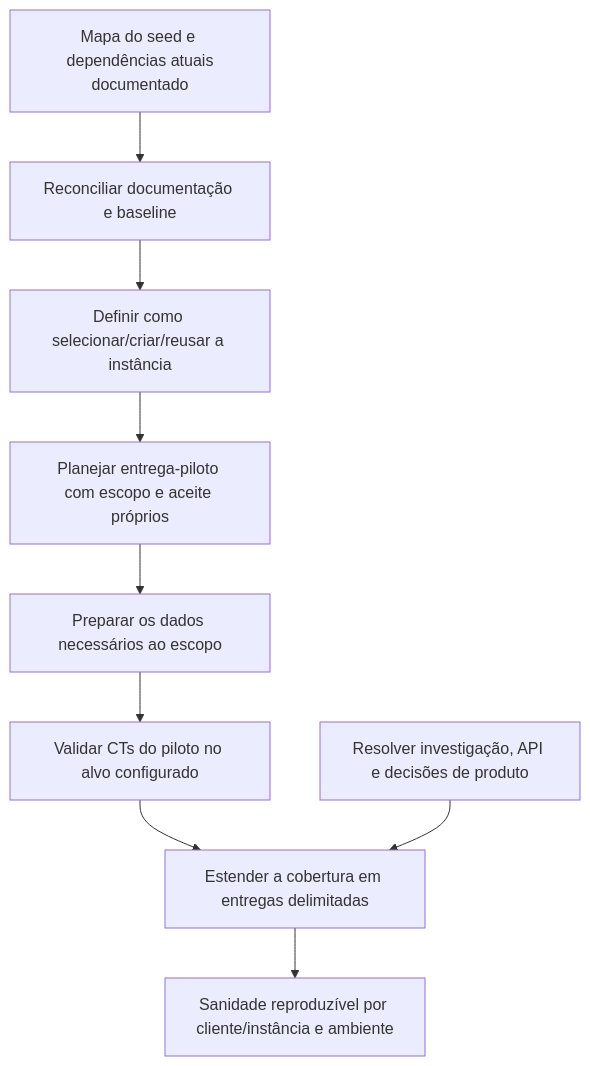
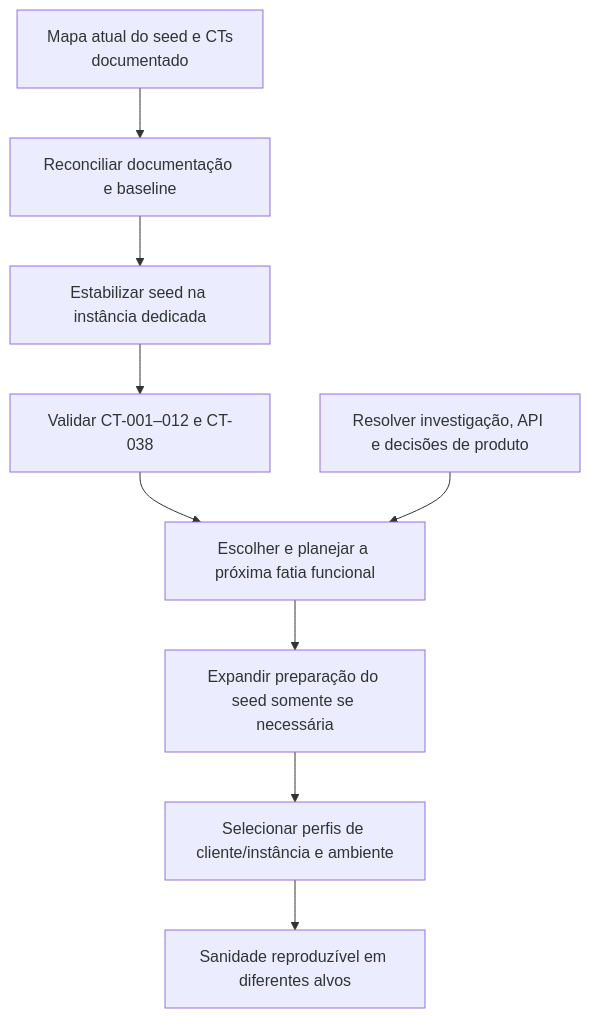
The diagram in QA Workspace/02 Demandas/DEV/SGV-11262 - [QA-Automação] Termo de Referência SOGOV/Roadmap - Automação TR.md (RafaCartaxo/brainwork), drawn with Mermaid before and after one commit. The commit also changed other lines of this file and 1 other file, not shown here.

Commit message:
vault backup: 2026-10-07 12:14:32

````diff
--- a/QA Workspace/02 Demandas/DEV/SGV-11262 - [QA-Automação] Termo de Referência SOGOV/Roadmap - Automação TR.md
+++ b/QA Workspace/02 Demandas/DEV/SGV-11262 - [QA-Automação] Termo de Referência SOGOV/Roadmap - Automação TR.md
@@ -70,11 +73,11 @@
 ```mermaid
 flowchart TD
-    M[Mapa do seed e dependências atuais<br/>documentado] --> A[Reconciliar documentação e baseline]
-    A --> B[Definir como selecionar/criar/reusar a instância]
-    B --> C[Planejar entrega-piloto com escopo e aceite próprios]
-    C --> D[Preparar os dados necessários ao escopo]
-    D --> E[Validar CTs do piloto no alvo configurado]
-    E --> F[Estender a cobertura em entregas delimitadas]
-    G[Resolver investigação, API e decisões de produto] --> F
-    F --> H[Sanidade reproduzível por cliente/instância e ambiente]
+    M[Mapa atual do seed e CTs<br/>documentado] --> A[Reconciliar documentação e baseline]
+    A --> B[Estabilizar seed na instância dedicada]
+    B --> C[Validar CT-001–012 e CT-038]
+    C --> D[Escolher e planejar a próxima fatia funcional]
+    E[Resolver investigação, API e decisões de produto] --> D
+    D --> F[Expandir preparação do seed somente se necessária]
+    F --> G[Selecionar perfis de cliente/instância e ambiente]
+    G --> H[Sanidade reproduzível em diferentes alvos]
 ```
````
